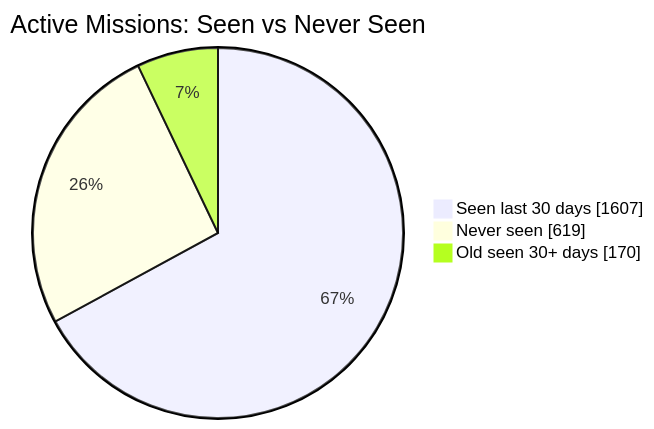
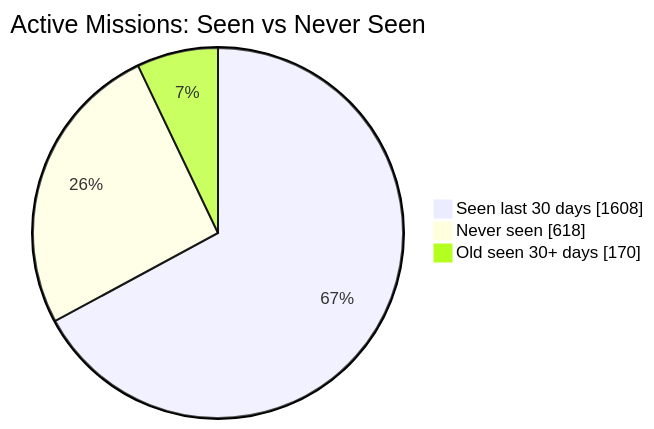
Before and after one commit to MeldkamerspelGameTeam/active-missions: the first of 2 diagrams in README.md, drawn with Mermaid. The commit also changed other lines of this file and 2 other files, not shown here.

````diff
--- a/README.md
+++ b/README.md
@@ -34,7 +34,7 @@
 ```mermaid
 pie showData
     title Active Missions: Seen vs Never Seen
-    "Seen last 30 days" : 1607
-    "Never seen" : 619
+    "Seen last 30 days" : 1608
+    "Never seen" : 618
     "Old seen 30+ days" : 170
 ```
````
